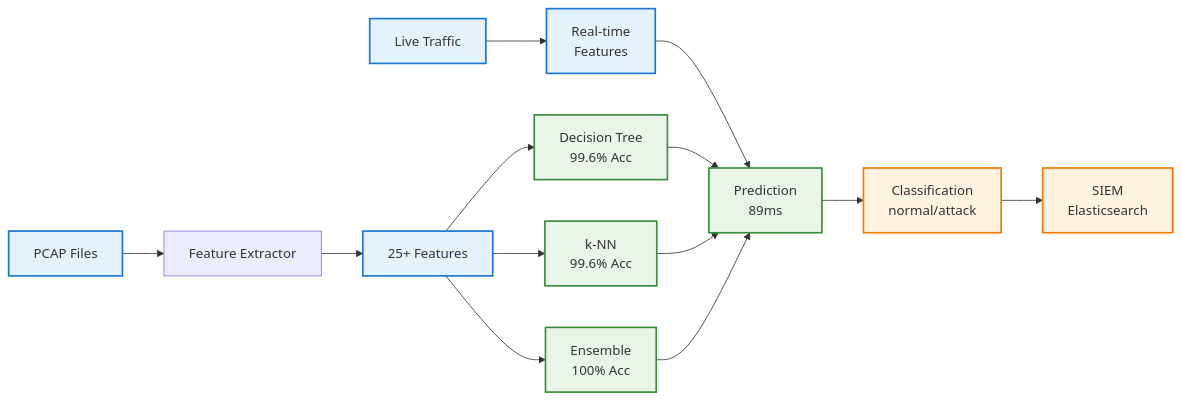
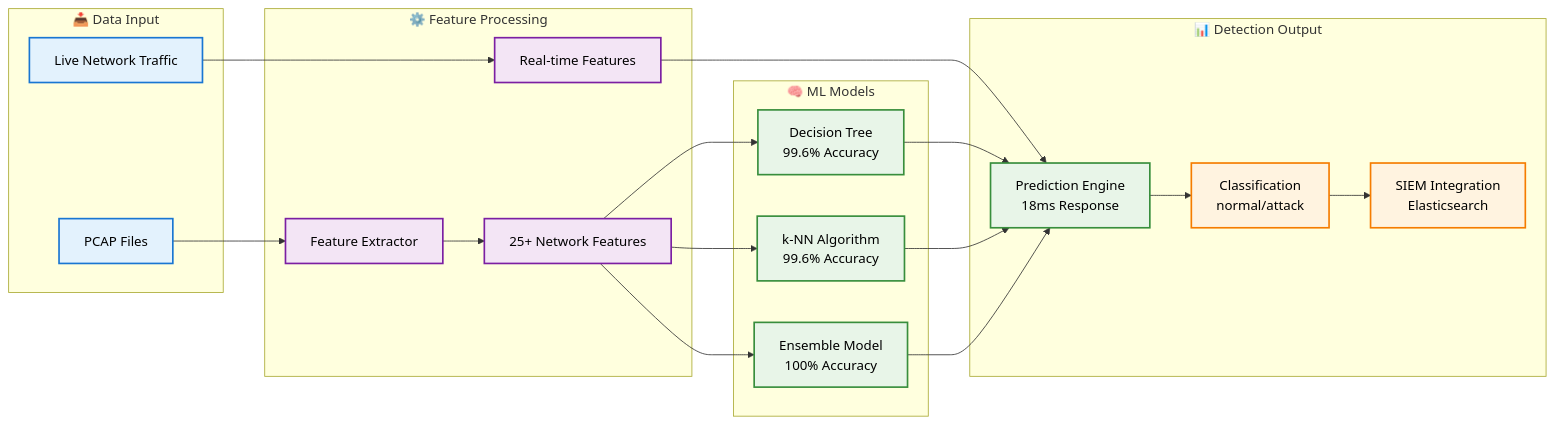
Before and after one commit to holdennguyen/suricata-ml-ids: the third of 5 diagrams in README.md, drawn with Mermaid. The commit also changed other lines of this file, not shown here.

````diff
--- a/README.md
+++ b/README.md
@@ -157,27 +157,53 @@
 ```mermaid
 flowchart LR
-    A[PCAP Files] --> B[Feature Extractor]
-    B --> C[25+ Features]
+    subgraph Input["📥 Data Input"]
+        A["PCAP Files"]
+        G["Live Network Traffic"]
+    end
     
-    C --> D[Decision Tree<br/>99.6% Acc]
-    C --> E[k-NN<br/>99.6% Acc]  
-    C --> F[Ensemble<br/>100% Acc]
+    subgraph Processing["⚙️ Feature Processing"]
+        B["Feature Extractor"]
+        C["25+ Network Features"]
+        H["Real-time Features"]
+    end
     
-    G[Live Traffic] --> H[Real-time<br/>Features]
-    H --> I[Prediction<br/>89ms]
+    subgraph Models["🧠 ML Models"]
+        D["Decision Tree<br/>99.6% Accuracy"]
+        E["k-NN Algorithm<br/>99.6% Accuracy"]  
+        F["Ensemble Model<br/>100% Accuracy"]
+    end
     
+    subgraph Output["📊 Detection Output"]
+        I["Prediction Engine<br/>18ms Response"]
+        J["Classification<br/>normal/attack"]
+        K["SIEM Integration<br/>Elasticsearch"]
+    end
+    
+    %% Data flow connections
+    A --> B
+    B --> C
+    G --> H
+    
+    C --> D
+    C --> E
+    C --> F
+    
+    H --> I
     D --> I
     E --> I
     F --> I
     
-    I --> J[Classification<br/>normal/attack]
-        J --> K[SIEM<br/>Elasticsearch]
+    I --> J
+    J --> K
     
-    classDef data fill:#e3f2fd,stroke:#1976d2,stroke-width:2px
-    classDef ml fill:#e8f5e8,stroke:#388e3c,stroke-width:2px
-    classDef output fill:#fff3e0,stroke:#f57c00,stroke-width:2px
+    %% Styling for better GitHub display
+    classDef inputStyle fill:#e3f2fd,stroke:#1976d2,stroke-width:2px,color:#000
+    classDef processStyle fill:#f3e5f5,stroke:#7b1fa2,stroke-width:2px,color:#000
+    classDef mlStyle fill:#e8f5e8,stroke:#388e3c,stroke-width:2px,color:#000
+    classDef outputStyle fill:#fff3e0,stroke:#f57c00,stroke-width:2px,color:#000
     
-    class A,C,G,H data
-    class D,E,F,I ml
-    class J,K output
+    class A,G inputStyle
+    class B,C,H processStyle
+    class D,E,F,I mlStyle
+    class J,K outputStyle
 ```
````
